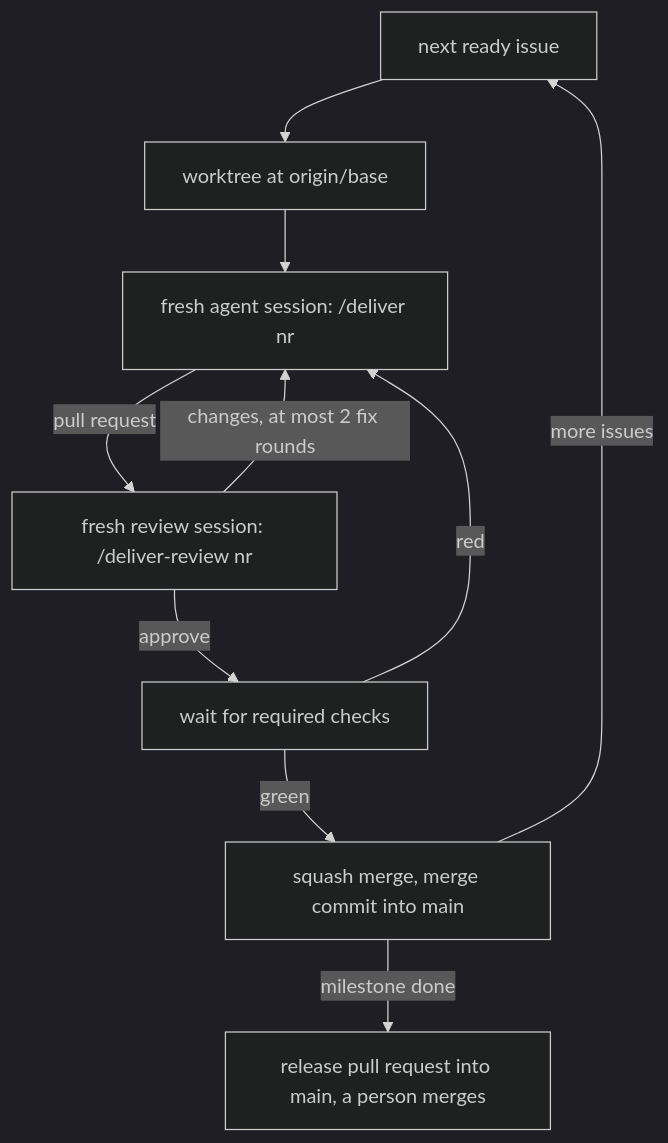
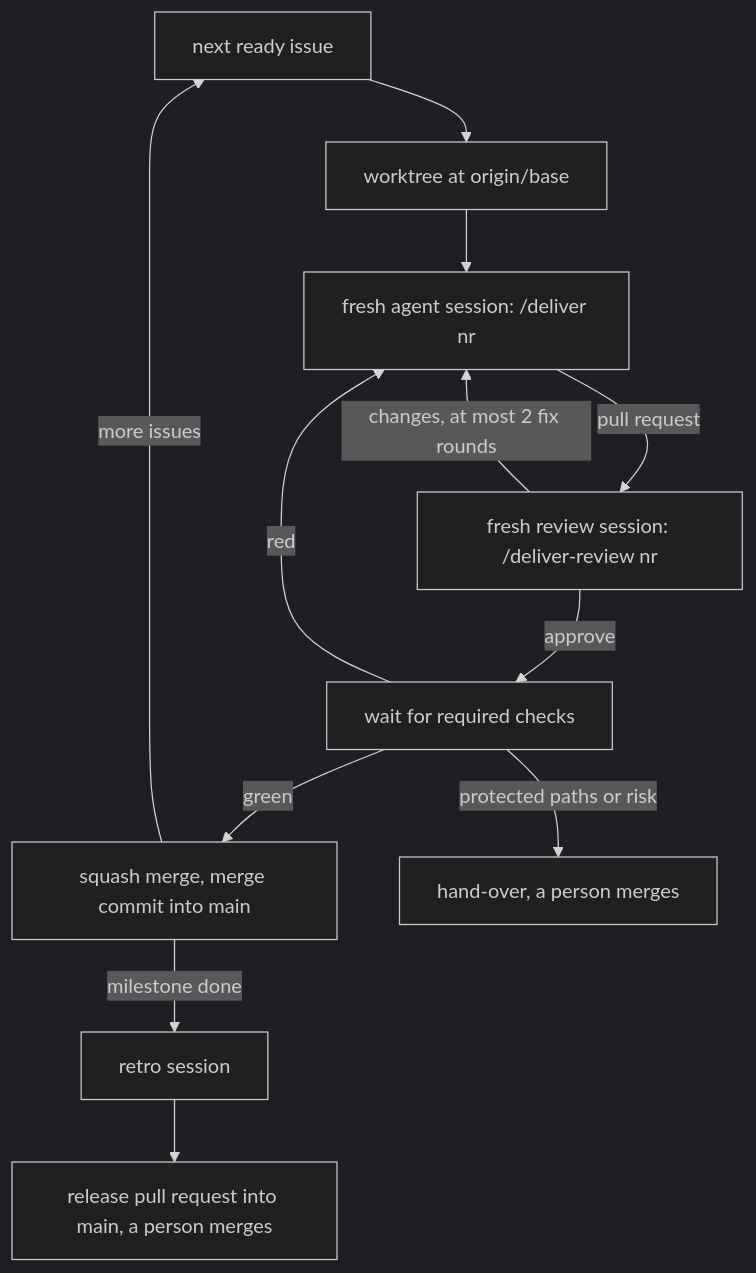
The diagram in site/guides/deliver.md (GravionLabs/skills), drawn with Mermaid (dark theme) before and after one commit. The commit also changed other lines of this file and 12 other files, not shown here.

````diff
--- a/site/guides/deliver.md
+++ b/site/guides/deliver.md
@@ -28,12 +28,14 @@
 ```mermaid
 flowchart TD
   S[next ready issue] --> W[worktree at origin/base]
   W --> A[fresh agent session: /deliver nr]
   A -->|pull request| V[fresh review session: /deliver-review nr]
   V -->|changes, at most 2 fix rounds| A
   V -->|approve| C[wait for required checks]
   C -->|green| M[squash merge, merge commit into main]
   C -->|red| A
   M -->|more issues| S
-  M -->|milestone done| R[release pull request into main, a person merges]
+  C -->|protected paths or risk| H[hand-over, a person merges]
+  M -->|milestone done| T[retro session]
+  T --> R[release pull request into main, a person merges]
 ```
````
